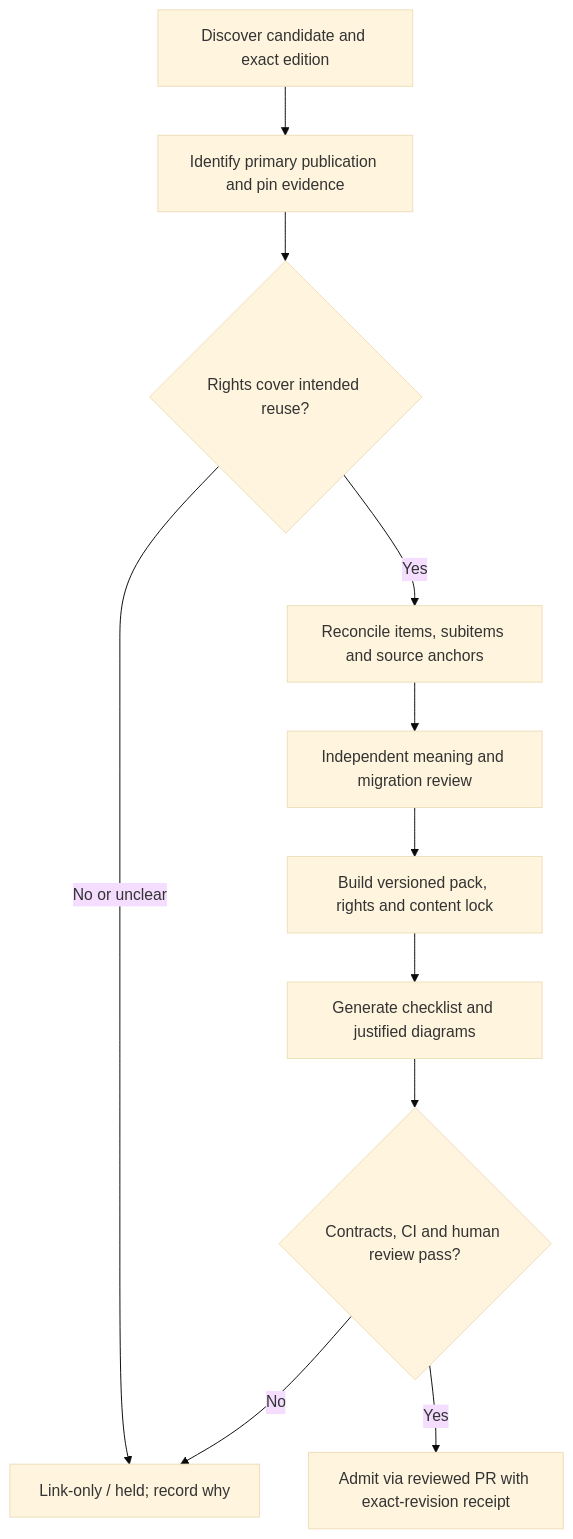
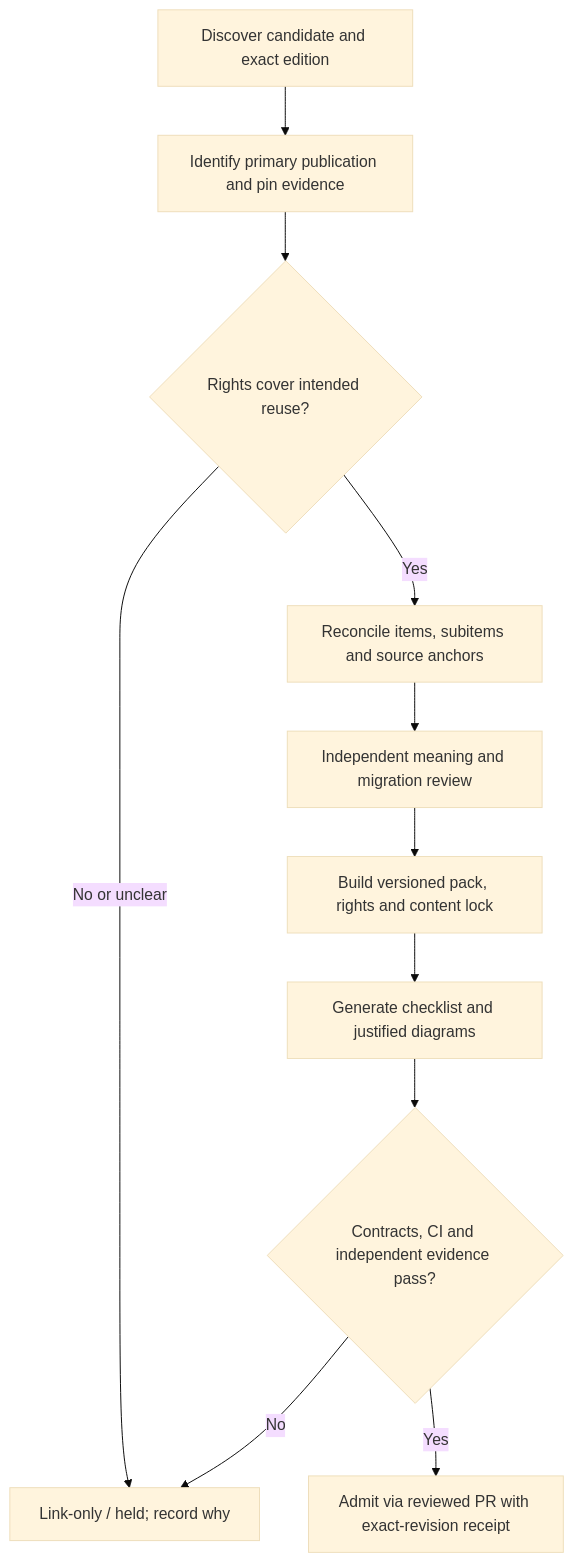
The diagram in CONTENT_POPULATION_WORKFLOW.md (edithatogo/standards_check), drawn with Mermaid (base theme) before and after one commit. The commit also changed other lines of this file and 3 other files, not shown here.

````diff
--- a/CONTENT_POPULATION_WORKFLOW.md
+++ b/CONTENT_POPULATION_WORKFLOW.md
@@ -11,13 +11,13 @@
 ```mermaid
 flowchart TD
     A["Discover candidate and exact edition"] --> B["Identify primary publication and pin evidence"]
     B --> C{"Rights cover intended reuse?"}
     C -->|No or unclear| D["Link-only / held; record why"]
     C -->|Yes| E["Reconcile items, subitems and source anchors"]
     E --> F["Independent meaning and migration review"]
     F --> G["Build versioned pack, rights and content lock"]
     G --> H["Generate checklist and justified diagrams"]
-    H --> I{"Contracts, CI and human review pass?"}
+    H --> I{"Contracts, CI and independent evidence pass?"}
     I -->|No| D
     I -->|Yes| J["Admit via reviewed PR with exact-revision receipt"]
 ```
````
